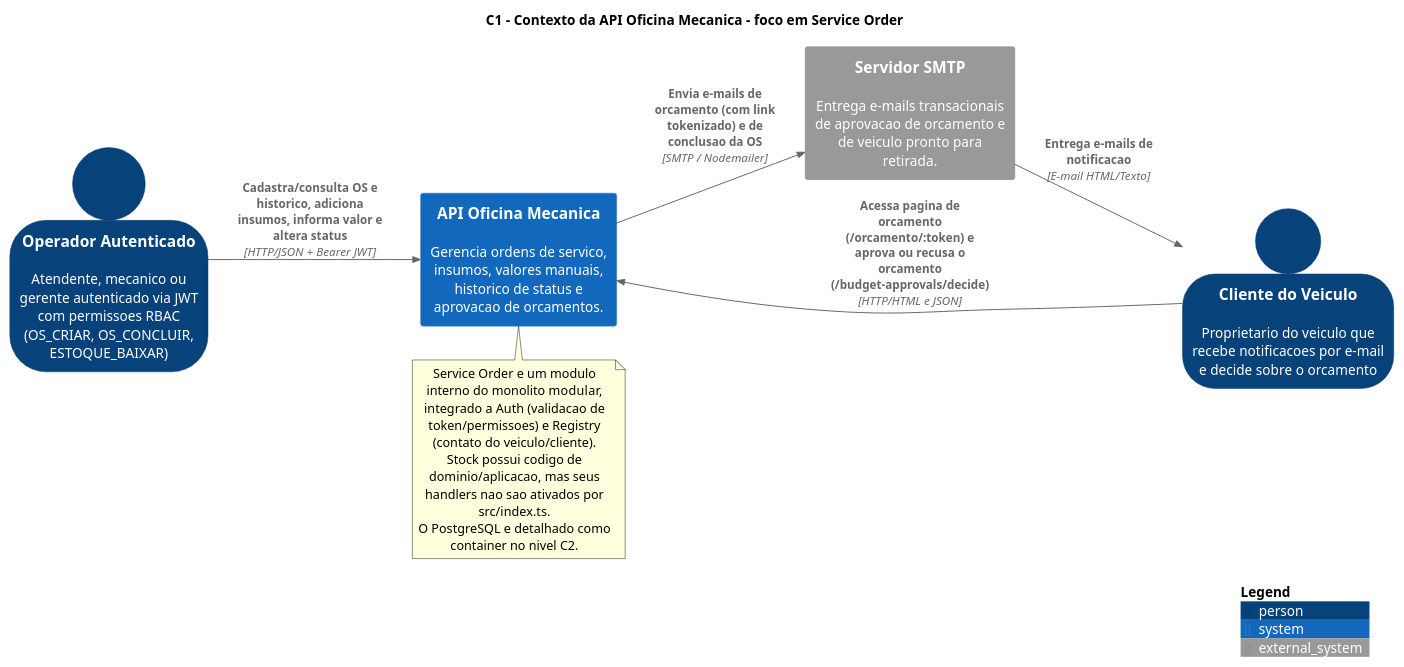
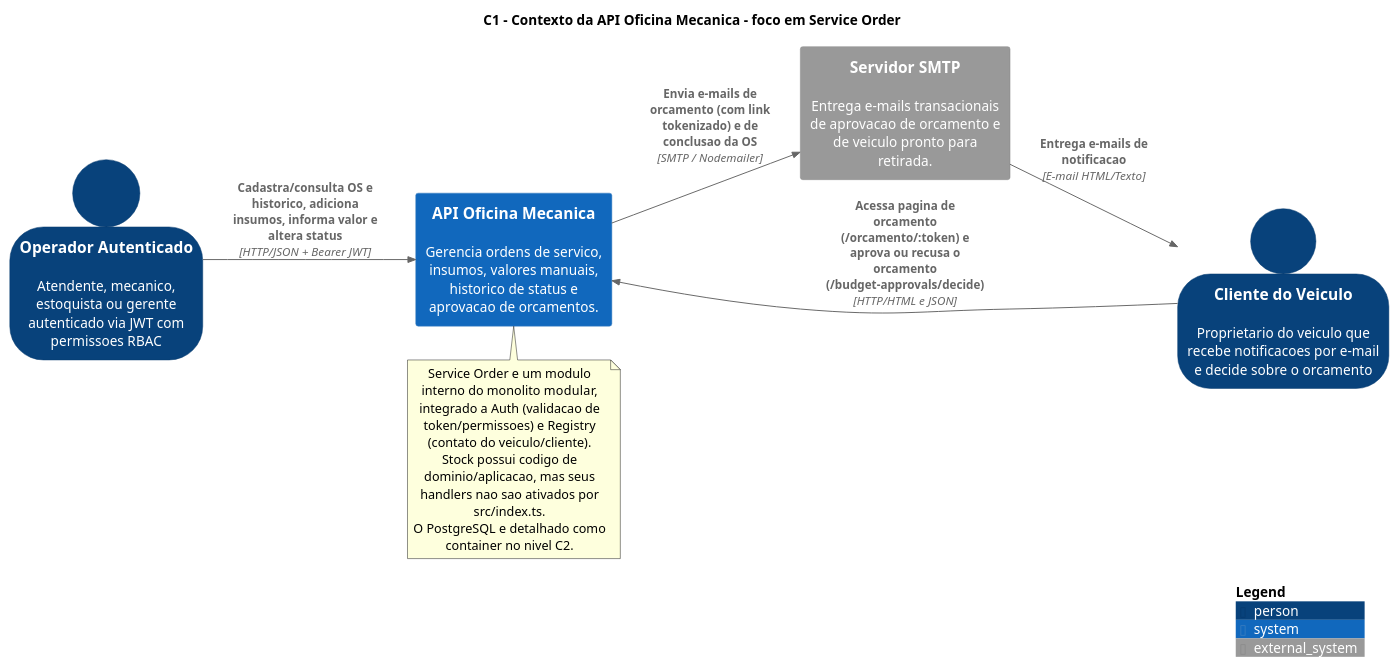
One commit to 15soat-fiap-45/api.mecanica changed the diagram in docs/plantuml/c4-service-order-context.puml. Above: the diagram before and after it, drawn with PlantUML. The commit also changed 13 other files, not shown here.

First line of the commit message:
docs(architecture): align diagrams and setup docs with current API

```diff
--- a/docs/plantuml/c4-service-order-context.puml
+++ b/docs/plantuml/c4-service-order-context.puml
@@ -1,24 +1,24 @@
 @startuml service_order_c1_context
 !include https://raw.githubusercontent.com/plantuml-stdlib/C4-PlantUML/master/C4_Context.puml
 title C1 - Contexto da API Oficina Mecanica - foco em Service Order
 LAYOUT_LEFT_RIGHT()
 SHOW_PERSON_OUTLINE()
 
-Person(operator, "Operador Autenticado", "Atendente, mecanico ou gerente autenticado via JWT com permissoes RBAC (OS_CRIAR, OS_CONCLUIR, ESTOQUE_BAIXAR)")
+Person(operator, "Operador Autenticado", "Atendente, mecanico, estoquista ou gerente autenticado via JWT com permissoes RBAC")
 Person(customer, "Cliente do Veiculo", "Proprietario do veiculo que recebe notificacoes por e-mail e decide sobre o orcamento")
 System(workshop, "API Oficina Mecanica", "Gerencia ordens de servico, insumos, valores manuais, historico de status e aprovacao de orcamentos.")
 System_Ext(smtp, "Servidor SMTP", "Entrega e-mails transacionais de aprovacao de orcamento e de veiculo pronto para retirada.")
 
 Rel(operator, workshop, "Cadastra/consulta OS e historico, adiciona insumos, informa valor e altera status", "HTTP/JSON + Bearer JWT")
 Rel(workshop, smtp, "Envia e-mails de orcamento (com link tokenizado) e de conclusao da OS", "SMTP / Nodemailer")
 Rel(smtp, customer, "Entrega e-mails de notificacao", "E-mail HTML/Texto")
 Rel(customer, workshop, "Acessa pagina de orcamento (/orcamento/:token) e aprova ou recusa o orcamento (/budget-approvals/decide)", "HTTP/HTML e JSON")
 
 note bottom of workshop
   Service Order e um modulo interno do monolito modular,
   integrado a Auth (validacao de token/permissoes) e Registry (contato do veiculo/cliente).
   Stock possui codigo de dominio/aplicacao, mas seus handlers nao sao ativados por src/index.ts.
   O PostgreSQL e detalhado como container no nivel C2.
 end note
 SHOW_LEGEND()
 @enduml
```
